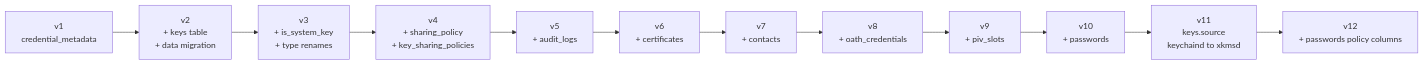
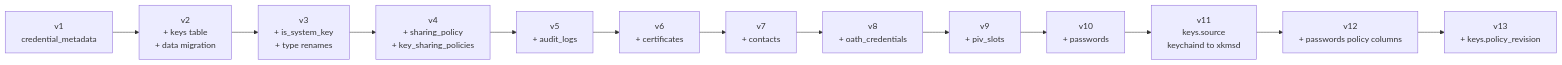
One commit to jeremyhahn/xkey-android changed the ninth of 9 diagrams in docs/hardware-backed-keys/architecture.md. Above: the diagram before and after it, drawn with Mermaid. The commit also changed other lines of this file and 39 other files, not shown here.

````diff
--- a/docs/hardware-backed-keys/architecture.md
+++ b/docs/hardware-backed-keys/architecture.md
@@ -765,14 +858,15 @@
 ```mermaid
 graph LR
     V1["v1<br/>credential_metadata"] --> V2["v2<br/>+ keys table<br/>+ data migration"]
     V2 --> V3["v3<br/>+ is_system_key<br/>+ type renames"]
     V3 --> V4["v4<br/>+ sharing_policy<br/>+ key_sharing_policies"]
     V4 --> V5["v5<br/>+ audit_logs"]
     V5 --> V6["v6<br/>+ certificates"]
     V6 --> V7["v7<br/>+ contacts"]
     V7 --> V8["v8<br/>+ oath_credentials"]
     V8 --> V9["v9<br/>+ piv_slots"]
     V9 --> V10["v10<br/>+ passwords"]
     V10 --> V11["v11<br/>keys.source<br/>keychaind to xkmsd"]
     V11 --> V12["v12<br/>+ passwords policy columns"]
+    V12 --> V13["v13<br/>+ keys.policy_revision"]
 ```
````
